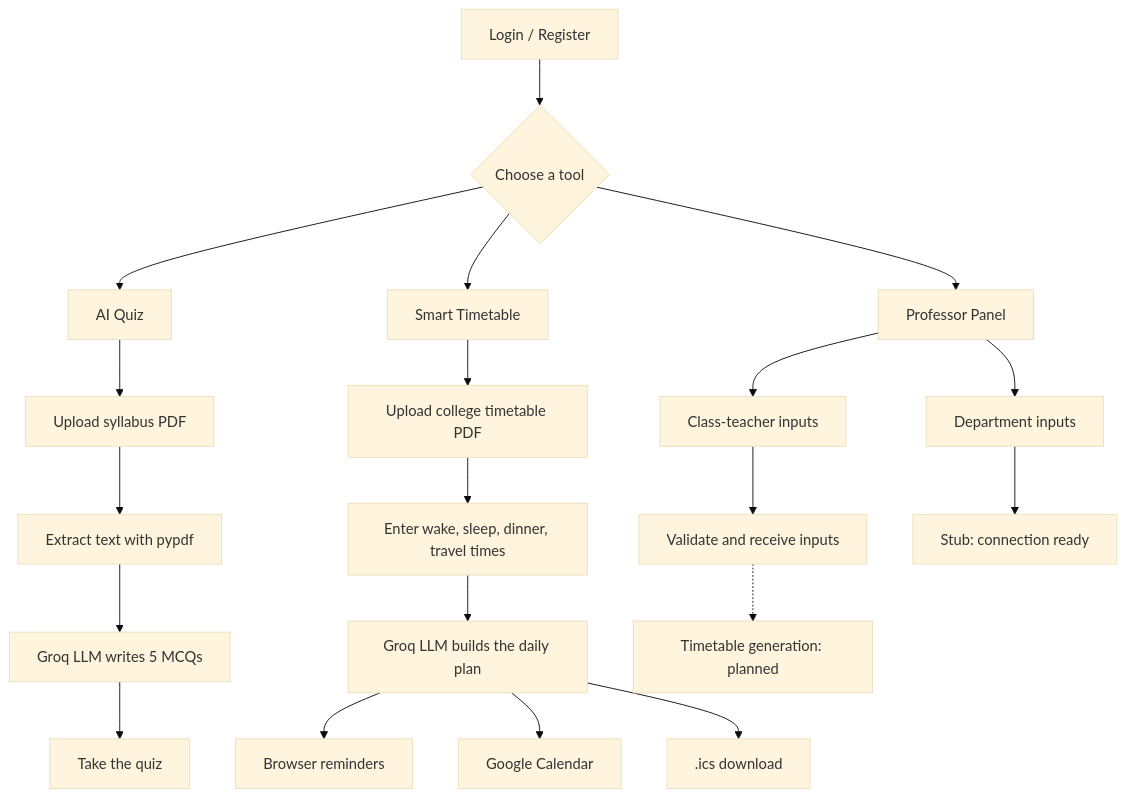
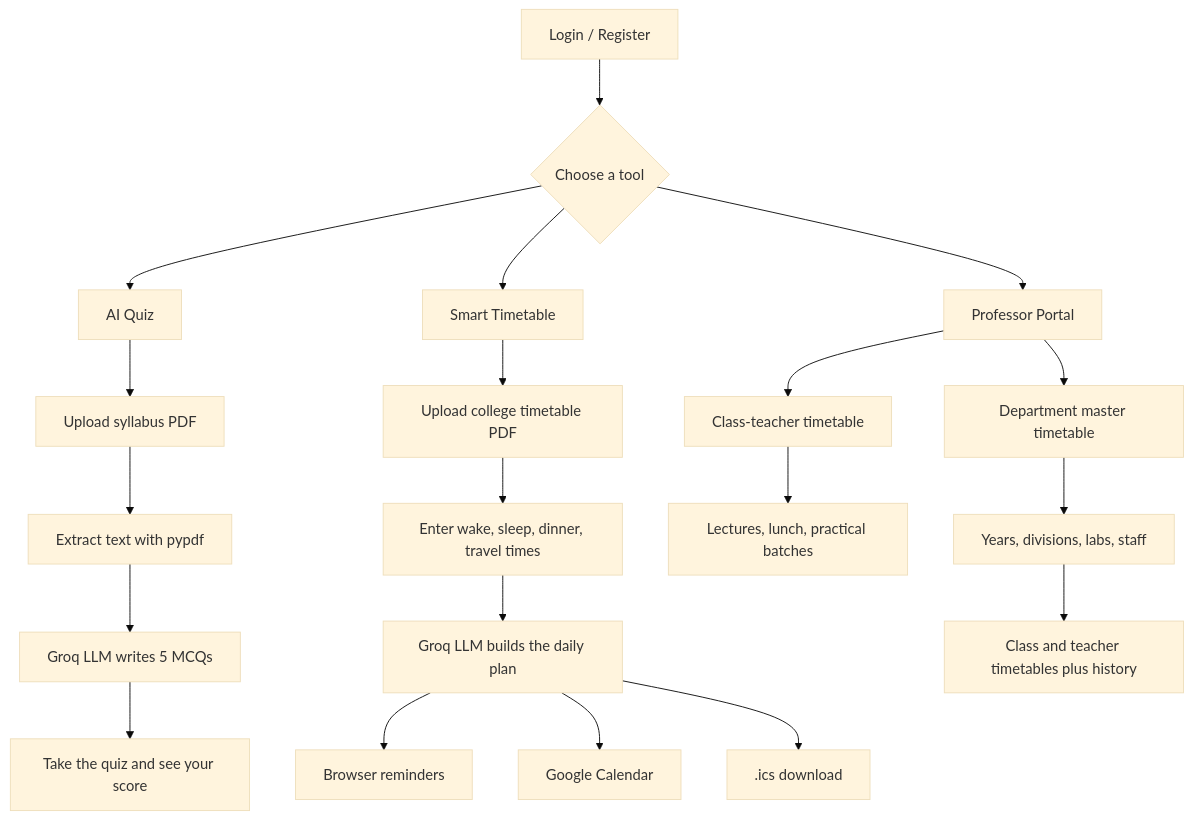
The diagram in README.md (sakshidange06/Smart_Time_Table), drawn with Mermaid (base theme) before and after one commit. The commit also changed other lines of this file, not shown here.

````diff
--- a/README.md
+++ b/README.md
@@ -76,22 +77,22 @@
 ```mermaid
 flowchart TD
     A[Login / Register] --> B{Choose a tool}
     B --> C[AI Quiz]
     B --> D[Smart Timetable]
-    B --> P[Professor Panel]
+    B --> P[Professor Portal]
     C --> C1[Upload syllabus PDF]
     C1 --> C2[Extract text with pypdf]
     C2 --> C3[Groq LLM writes 5 MCQs]
-    C3 --> C4[Take the quiz]
+    C3 --> C4[Take the quiz and see your score]
     D --> D1[Upload college timetable PDF]
     D1 --> D2[Enter wake, sleep, dinner, travel times]
     D2 --> D3[Groq LLM builds the daily plan]
     D3 --> D4[Browser reminders]
     D3 --> D5[Google Calendar]
     D3 --> D6[.ics download]
-    P --> P1[Class-teacher inputs]
-    P --> P2[Department inputs]
-    P1 --> P3[Validate and receive inputs]
-    P2 --> P4[Stub: connection ready]
-    P3 -.-> P5[Timetable generation: planned]
+    P --> P1[Class-teacher timetable]
+    P --> P2[Department master timetable]
+    P1 --> P3[Lectures, lunch, practical batches]
+    P2 --> P4[Years, divisions, labs, staff]
+    P4 --> P5[Class and teacher timetables plus history]
 ```
````
